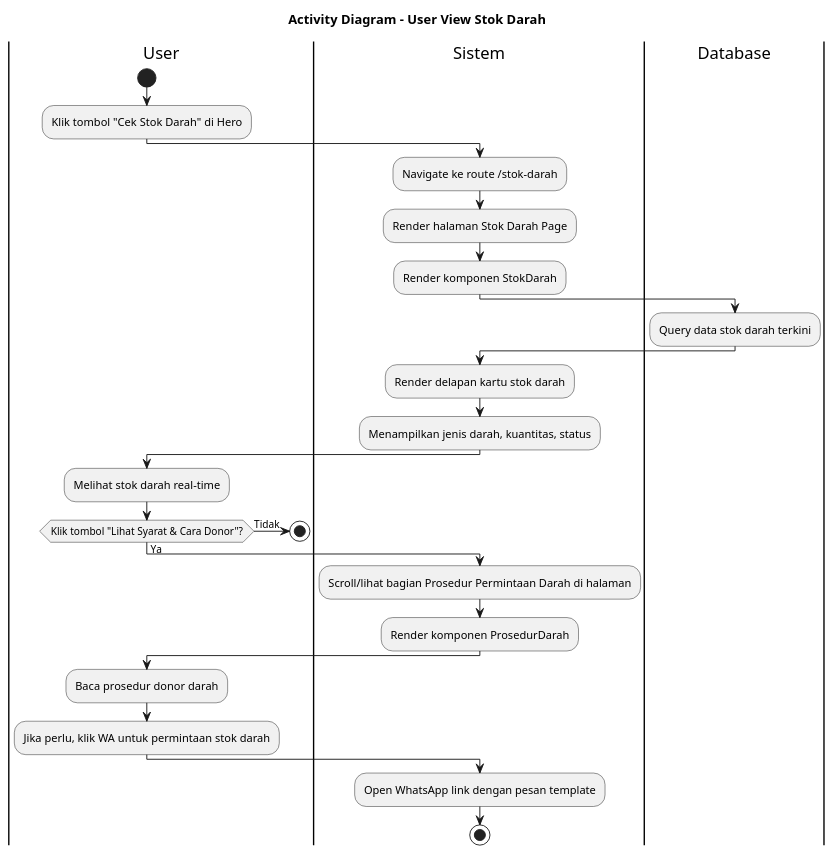
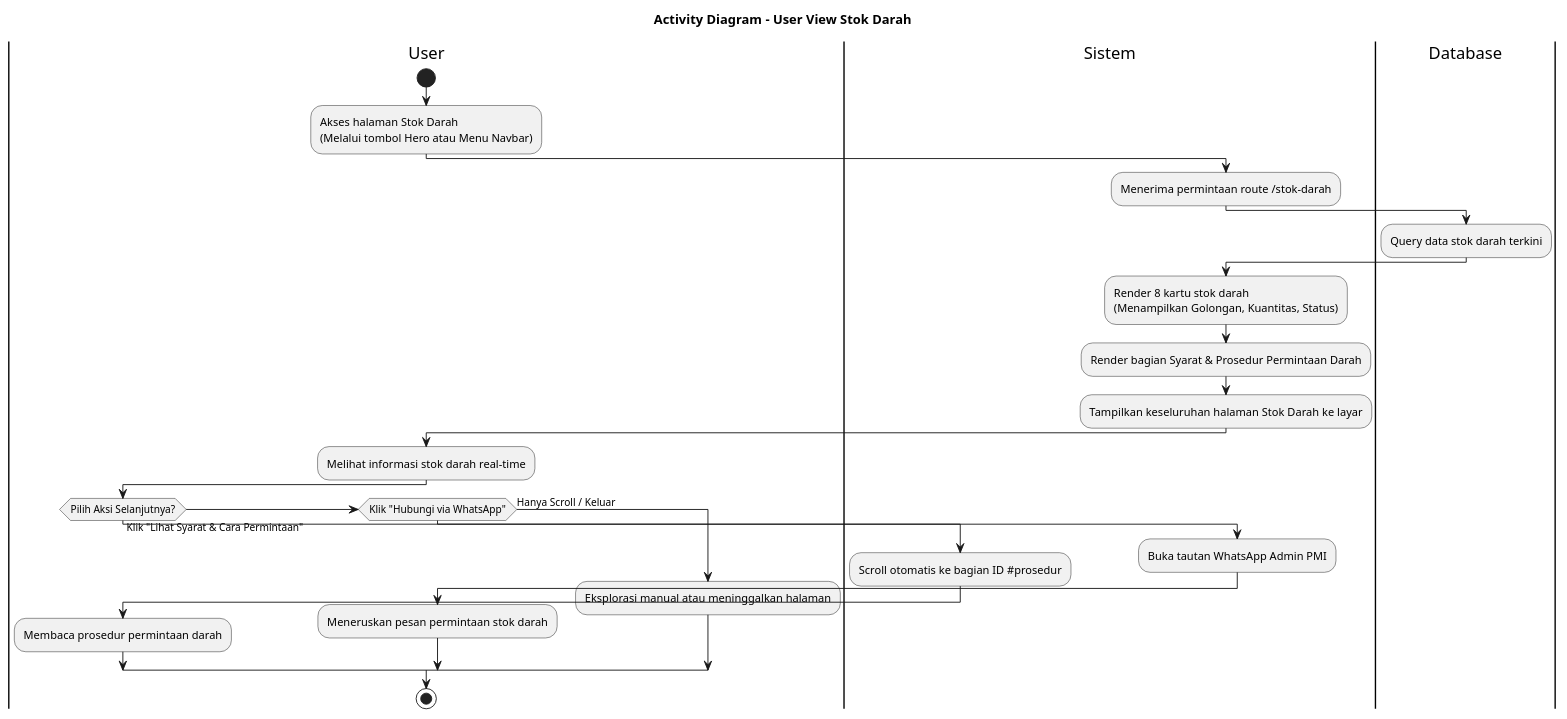
Before and after one commit to jaddu17/capstonepmikp: the diagram in diagram/activitydiagram_user_view_stok.puml, drawn with PlantUML. The commit also changed 11 other files, not shown here.

Commit message:
perubahan activity diagram user(beranda, stok darah, info donor, jadwal donor, berita, donasi, kontak

```diff
--- a/diagram/activitydiagram_user_view_stok.puml
+++ b/diagram/activitydiagram_user_view_stok.puml
@@ -1,45 +1,40 @@
 @startuml ACTIVITY_DIAGRAM_USER_VIEW_STOK
 title Activity Diagram - User View Stok Darah
 
 |User|
 start
-:Klik tombol "Cek Stok Darah" di Hero;
+:Akses halaman Stok Darah\n(Melalui tombol Hero atau Menu Navbar);
 
 |Sistem|
-:Navigate ke route /stok-darah;
-
-|Sistem|
-:Render halaman Stok Darah Page;
-
-|Sistem|
-:Render komponen StokDarah;
+:Menerima permintaan route /stok-darah;
 
 |Database|
 :Query data stok darah terkini;
 
 |Sistem|
-:Render delapan kartu stok darah;
-:Menampilkan jenis darah, kuantitas, status;
+:Render 8 kartu stok darah\n(Menampilkan Golongan, Kuantitas, Status);
+:Render bagian Syarat & Prosedur Permintaan Darah;
+:Tampilkan keseluruhan halaman Stok Darah ke layar;
 
 |User|
-:Melihat stok darah real-time;
+:Melihat informasi stok darah real-time;
 
-if (Klik tombol "Lihat Syarat & Cara Donor"?) then (Ya)
+if (Pilih Aksi Selanjutnya?) then (Klik "Lihat Syarat & Cara Permintaan")
   |Sistem|
-  :Scroll/lihat bagian Prosedur Permintaan Darah di halaman;
-  :Render komponen ProsedurDarah;
-  
+  :Scroll otomatis ke bagian ID #prosedur;
   |User|
-  :Baca prosedur donor darah;
-else (Tidak)
-  stop
+  :Membaca prosedur permintaan darah;
+else if (Klik "Hubungi via WhatsApp")
+  |Sistem|
+  :Buka tautan WhatsApp Admin PMI;
+  |User|
+  :Meneruskan pesan permintaan stok darah;
+else (Hanya Scroll / Keluar)
+  |User|
+  :Eksplorasi manual atau meninggalkan halaman;
 endif
 
 |User|
-:Jika perlu, klik WA untuk permintaan stok darah;
+stop
 
-|Sistem|
-:Open WhatsApp link dengan pesan template;
-
-stop
 @enduml
```
